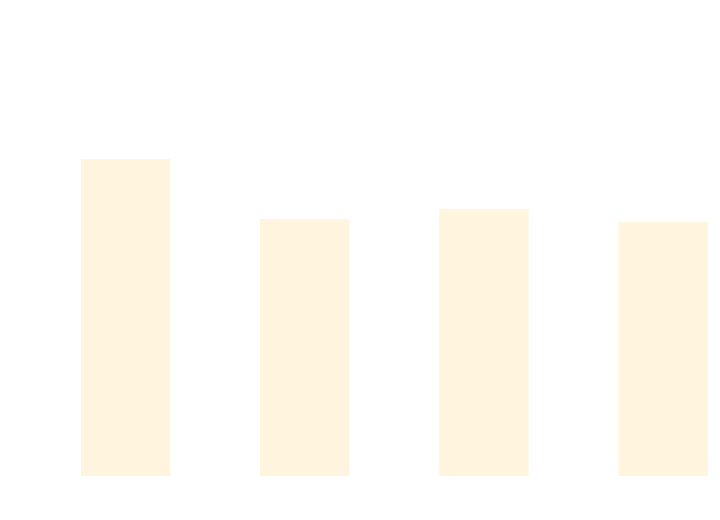
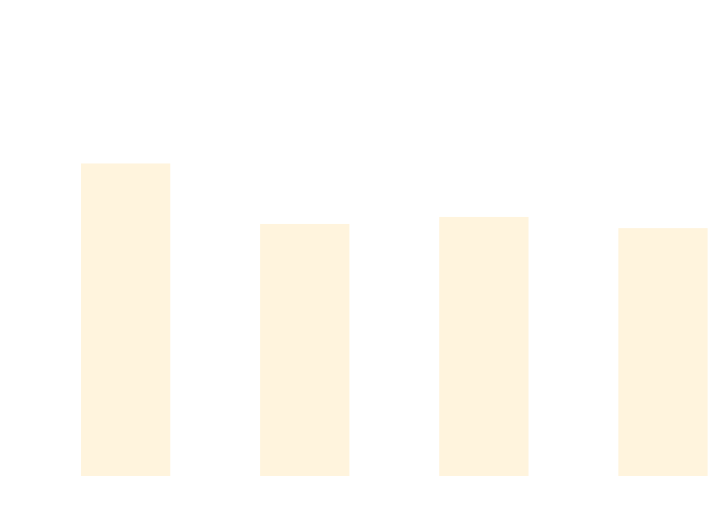
The diagram in docs/docs/benchmarks/BuildTime.md (thomhurst/TUnit), drawn with Mermaid before and after one commit. The commit also changed other lines of this file and 17 other files, not shown here.

````diff
--- a/docs/docs/benchmarks/BuildTime.md
+++ b/docs/docs/benchmarks/BuildTime.md
@@ -28,37 +28,37 @@
 ```mermaid
 %%{init: {
   'theme':'base',
   'themeVariables': {
     'primaryColor': '#2563eb',
     'primaryTextColor': '#ffffff',
     'primaryBorderColor': '#1e40af',
     'lineColor': '#6b7280',
     'secondaryColor': '#7c3aed',
     'tertiaryColor': '#dc2626',
     'background': '#ffffff',
     'mainBkg': '#2563eb',
     'secondBkg': '#7c3aed',
     'tertiaryBkg': '#dc2626',
     'clusterBkg': '#f3f4f6',
     'edgeLabelBackground': '#ffffff',
     'tertiaryTextColor': '#1f2937',
     'pie1': '#2563eb',
     'pie2': '#7c3aed',
     'pie3': '#dc2626',
     'pie4': '#f59e0b',
     'pie5': '#10b981',
     'pie6': '#06b6d4',
     'pie7': '#ec4899',
     'pie8': '#6366f1',
     'pie9': '#84cc16',
     'pie10': '#f97316',
     'pie11': '#14b8a6',
     'pie12': '#a855f7'
   }
 }}%%
 xychart-beta
   title "Build Time Comparison"
   x-axis ["Build_TUnit", "Build_NUnit", "Build_MSTest", "Build_xUnit3"]
   y-axis "Time (s)" 0 --> 3
-  bar [2.285, 1.84, 1.916, 1.82]
+  bar [2.252, 1.804, 1.856, 1.773]
 ```
````
